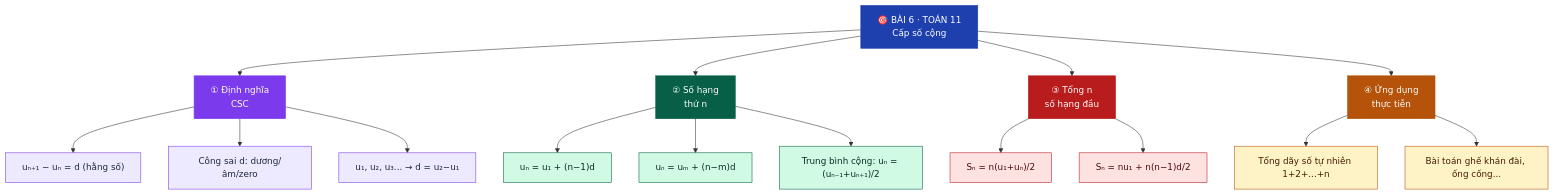
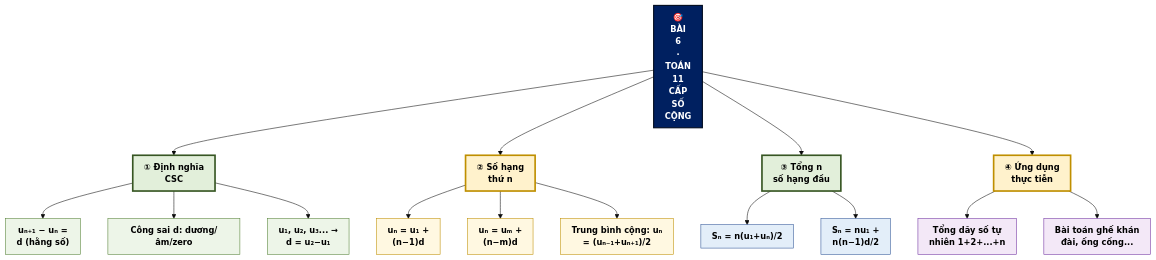
One commit to Trangtu66/Taode_thi_online changed diagram 17 of 30 in README.md. Above: the diagram before and after it, drawn with Mermaid. The commit also changed other lines of this file and 299 other files, not shown here.

````diff
--- a/README.md
+++ b/README.md
@@ -650,32 +714,35 @@
 ```mermaid
+%%{init: {"theme": "base", "htmlLabels": true, "flowchart": {"htmlLabels": true, "padding": 10, "curve": "basis"}, "themeVariables": {"fontSize": "15px"}}}%%
 graph TD
-    G["🎯 BÀI 6 · TOÁN 11<br/>Cấp số cộng"]:::root
+    G["🎯<BR/>BÀI<BR/>6<BR/>·<BR/>TOÁN<BR/>11<BR/>CẤP<BR/>SỐ<BR/>CỘNG"]:::root
     G --> A["① Định nghĩa<br/>CSC"]:::n1
     G --> B["② Số hạng<br/>thứ n"]:::n2
     G --> C["③ Tổng n<br/>số hạng đầu"]:::n3
     G --> D["④ Ứng dụng<br/>thực tiễn"]:::n4
 
-    A --> A1["uₙ₊₁ − uₙ = d (hằng số)"]:::l1
+    A --> A1["uₙ₊₁ − uₙ =<br/>d (hằng số)"]:::l1
     A --> A2["Công sai d: dương/âm/zero"]:::l1
-    A --> A3["u₁, u₂, u₃... → d = u₂−u₁"]:::l1
+    A --> A3["u₁, u₂, u₃... →<br/>d = u₂−u₁"]:::l1
 
-    B --> B1["uₙ = u₁ + (n−1)d"]:::l2
-    B --> B2["uₙ = uₘ + (n−m)d"]:::l2
-    B --> B3["Trung bình cộng: uₙ = (uₙ₋₁+uₙ₊₁)/2"]:::l2
+    B --> B1["uₙ = u₁ +<br/>(n−1)d"]:::l2
+    B --> B2["uₙ = uₘ +<br/>(n−m)d"]:::l2
+    B --> B3["Trung bình cộng: uₙ<br/>= (uₙ₋₁+uₙ₊₁)/2"]:::l2
 
     C --> C1["Sₙ = n(u₁+uₙ)/2"]:::l3
-    C --> C2["Sₙ = nu₁ + n(n−1)d/2"]:::l3
+    C --> C2["Sₙ = nu₁ +<br/>n(n−1)d/2"]:::l3
 
-    D --> D1["Tổng dãy số tự nhiên 1+2+...+n"]:::l4
-    D --> D2["Bài toán ghế khán đài, ống cống..."]:::l4
+    D --> D1["Tổng dãy số tự<br/>nhiên 1+2+...+n"]:::l4
+    D --> D2["Bài toán ghế khán<br/>đài, ống cống..."]:::l4
 
-    classDef root fill:#1E40AF,color:#fff,stroke:#1E40AF
-    classDef n1 fill:#7C3AED,color:#fff,stroke:#7C3AED
-    classDef n2 fill:#065F46,color:#fff,stroke:#065F46
-    classDef n3 fill:#B91C1C,color:#fff,stroke:#B91C1C
-    classDef n4 fill:#B45309,color:#fff,stroke:#B45309
-    classDef l1 fill:#EDE9FE,color:#1E293B,stroke:#7C3AED
-    classDef l2 fill:#D1FAE5,color:#022c22,stroke:#065F46
-    classDef l3 fill:#FEE2E2,color:#450a0a,stroke:#B91C1C
-    classDef l4 fill:#FEF3C7,color:#451a03,stroke:#B45309
+    classDef root fill:#002060,color:#FFFFFF,stroke:#000B1E,stroke-width:2px,font-weight:bold
+    classDef n1 fill:#E2EFDA,color:#000000,stroke:#375623,stroke-width:3px,font-weight:bold
+    classDef n2 fill:#FFF2CC,color:#000000,stroke:#BF8F00,stroke-width:3px,font-weight:bold
+    classDef n3 fill:#E2EFDA,color:#000000,stroke:#375623,stroke-width:3px,font-weight:bold
+    classDef n4 fill:#FFF2CC,color:#000000,stroke:#BF8F00,stroke-width:3px,font-weight:bold
+    classDef n5 fill:#E2EFDA,color:#000000,stroke:#375623,stroke-width:3px,font-weight:bold
+    classDef l1 fill:#EDF5E8,color:#000000,stroke:#548235
+    classDef l2 fill:#FFF8E1,color:#000000,stroke:#BF8F00
+    classDef l3 fill:#E3EEF9,color:#000000,stroke:#2F5597
+    classDef l4 fill:#F3E8F7,color:#000000,stroke:#7030A0
+    classDef l5 fill:#FDE9E1,color:#000000,stroke:#C55A11
 ```
````
